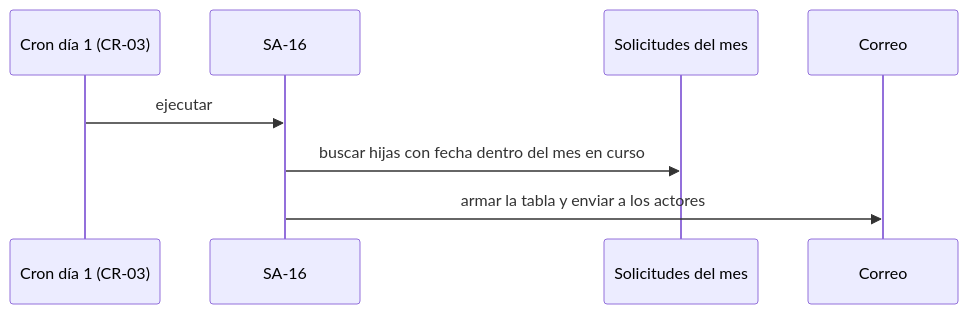
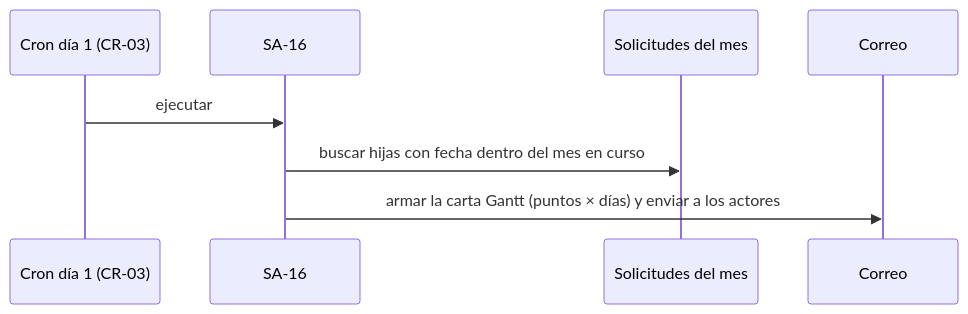
Before and after one commit to dcuerowe/odoo_con_mantenciones: diagram 23 of 26 in maintenance_plan/PROCESOS_Y_FLUJOS.md, drawn with Mermaid. The commit also changed other lines of this file and 7 other files, not shown here.

````diff
--- a/maintenance_plan/PROCESOS_Y_FLUJOS.md
+++ b/maintenance_plan/PROCESOS_Y_FLUJOS.md
@@ -744,10 +746,10 @@
 ```mermaid
 sequenceDiagram
     participant C as Cron día 1 (CR-03)
     participant SA as SA-16
     participant R as Solicitudes del mes
     participant M as Correo
     C->>SA: ejecutar
     SA->>R: buscar hijas con fecha dentro del mes en curso
-    SA->>M: armar la tabla y enviar a los actores
+    SA->>M: armar la carta Gantt (puntos × días) y enviar a los actores
 ```
````
